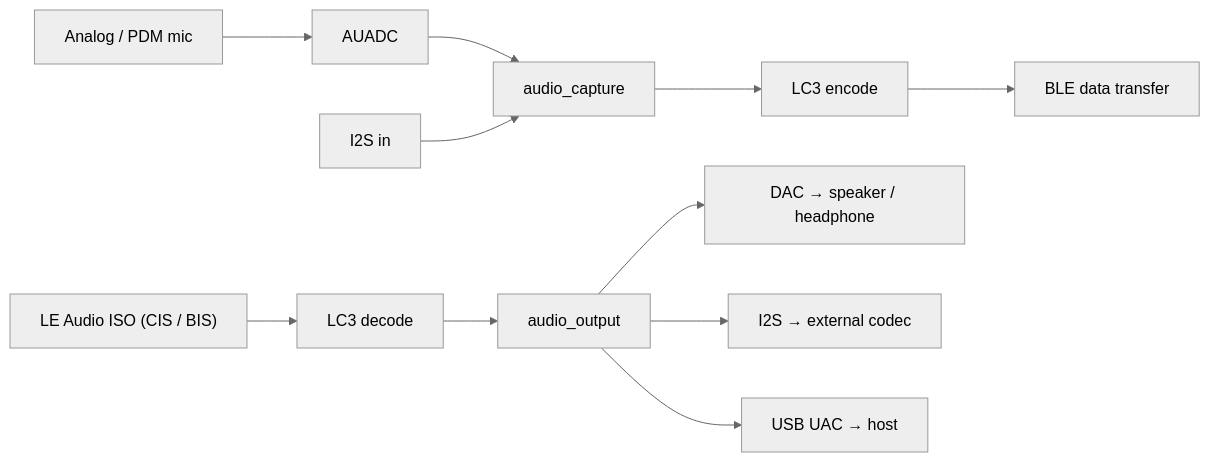
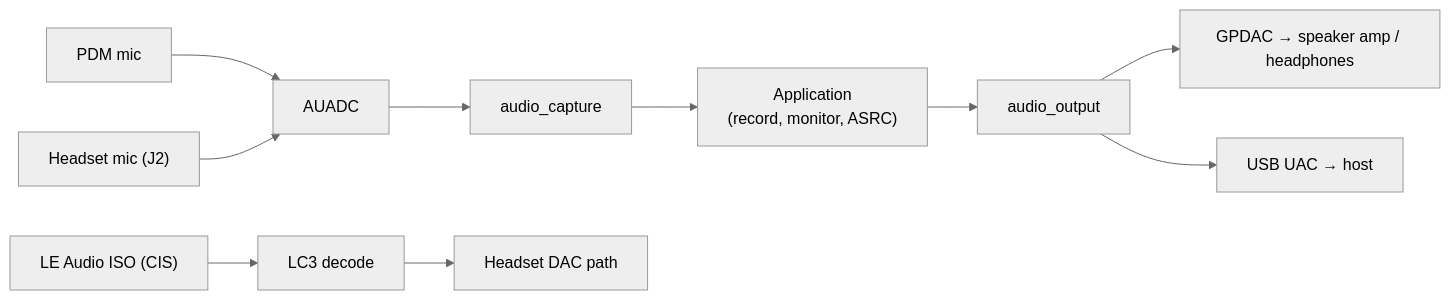
Before and after one commit to INTELPRO-INC/ipro-sdk-docs: the first of 2 diagrams in docs/en/guides/audio.md, drawn with Mermaid (neutral theme). The commit also changed other lines of this file and 182 other files, not shown here.

````diff
--- a/docs/en/guides/audio.md
+++ b/docs/en/guides/audio.md
@@ -28,10 +28,11 @@
 ```mermaid
 flowchart LR
-  MIC["Analog / PDM mic"] --> AUADC["AUADC"] --> CAP["audio_capture"]
-  I2SIN["I2S in"] --> CAP
-  CAP --> ENC["LC3 encode"] --> NUS["BLE data transfer"]
-  ISO["LE Audio ISO (CIS / BIS)"] --> DEC["LC3 decode"] --> OUT["audio_output"]
-  OUT --> DAC["DAC → speaker / headphone"]
-  OUT --> I2SOUT["I2S → external codec"]
+  PDM["PDM mic"] --> AUADC["AUADC"]
+  HS["Headset mic (J2)"] --> AUADC
+  AUADC --> CAP["audio_capture"]
+  CAP --> APP["Application<br/>(record, monitor, ASRC)"]
+  APP --> OUT["audio_output"]
+  OUT --> DAC["GPDAC → speaker amp / headphones"]
   OUT --> UAC["USB UAC → host"]
+  ISO["LE Audio ISO (CIS)"] --> DEC["LC3 decode"] --> HDAC["Headset DAC path"]
 ```
````
